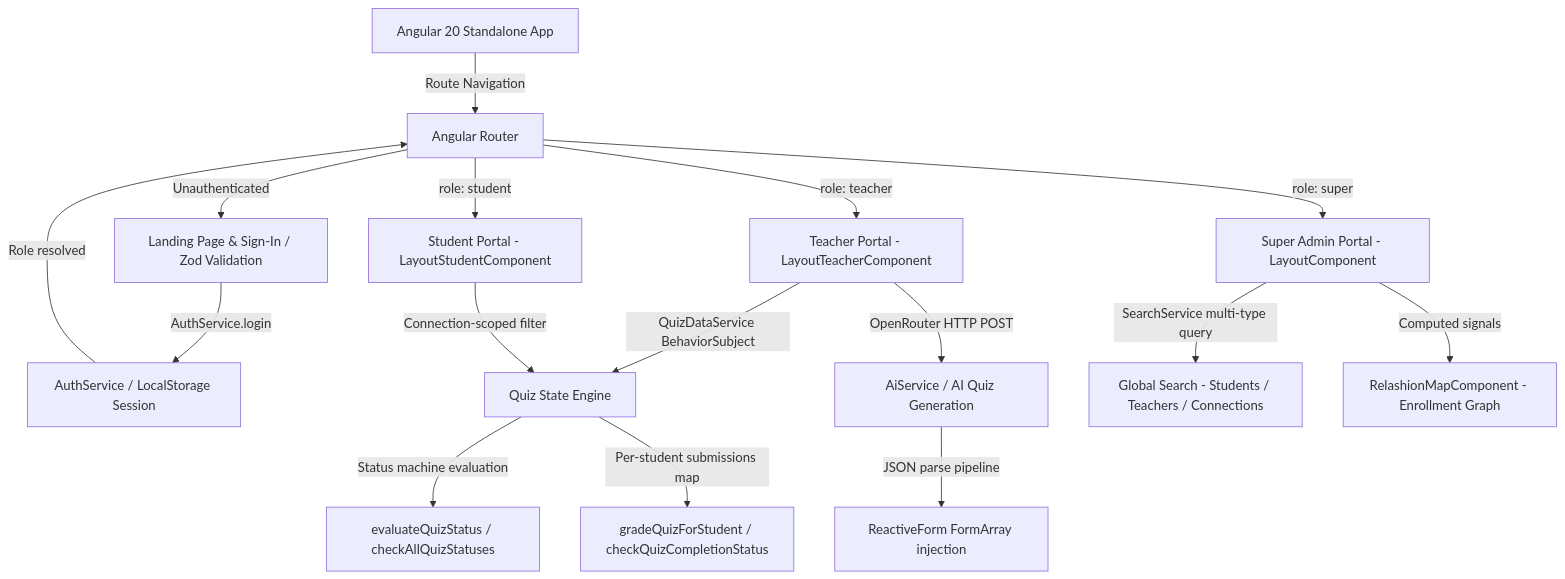
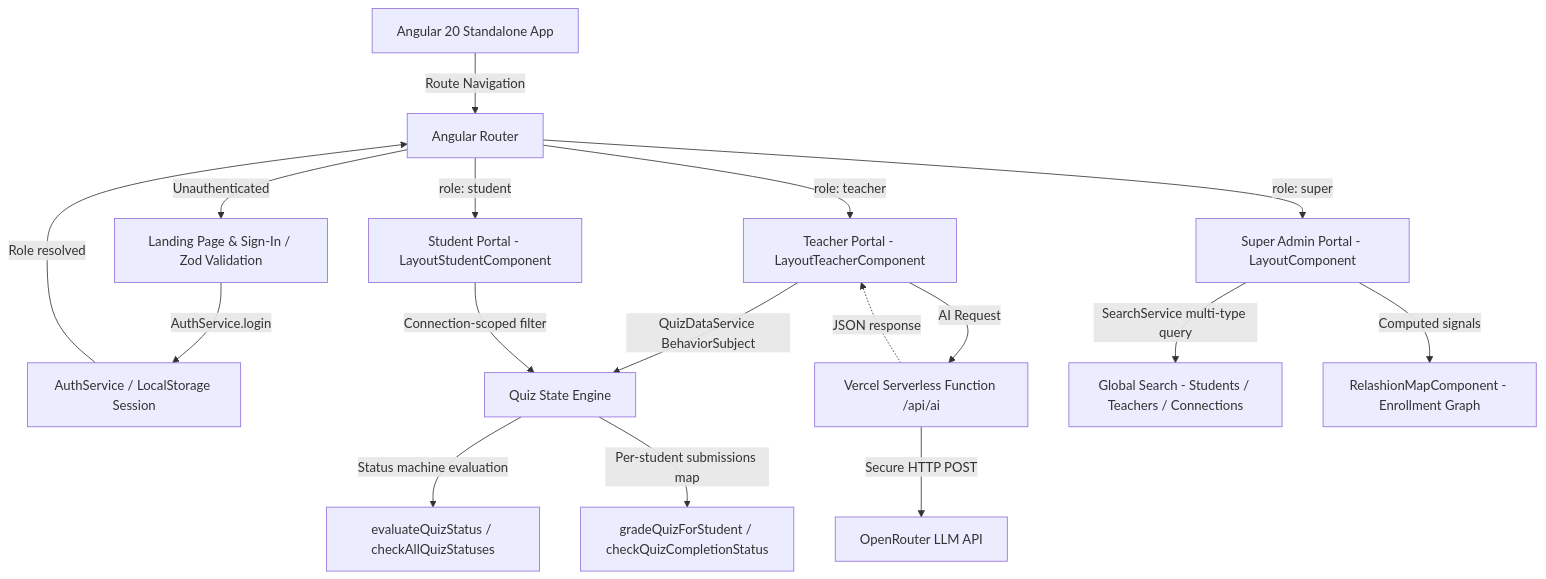
Before and after one commit to anasabdelhakim/Quiz_Mastro: the diagram in README.md, drawn with Mermaid. The commit also changed other lines of this file, not shown here.

````diff
--- a/README.md
+++ b/README.md
@@ -153,22 +131,23 @@
 ```mermaid
 graph TD
     Client[Angular 20 Standalone App] -->|Route Navigation| Router[Angular Router]
     Router -->|Unauthenticated| Public[Landing Page & Sign-In / Zod Validation]
     Router -->|role: super| AdminView[Super Admin Portal - LayoutComponent]
     Router -->|role: teacher| TeacherView[Teacher Portal - LayoutTeacherComponent]
     Router -->|role: student| StudentView[Student Portal - LayoutStudentComponent]
 
     Public -->|AuthService.login| Auth[AuthService / LocalStorage Session]
     Auth -->|Role resolved| Router
 
     TeacherView -->|QuizDataService BehaviorSubject| QuizState[Quiz State Engine]
     StudentView -->|Connection-scoped filter| QuizState
     QuizState -->|Status machine evaluation| StatusEngine[evaluateQuizStatus / checkAllQuizStatuses]
     QuizState -->|Per-student submissions map| GradingEngine[gradeQuizForStudent / checkQuizCompletionStatus]
 
-    TeacherView -->|OpenRouter HTTP POST| AIService[AiService / AI Quiz Generation]
-    AIService -->|JSON parse pipeline| QuizFormArray[ReactiveForm FormArray injection]
+    TeacherView -->|AI Request| Vercel[Vercel Serverless Function /api/ai]
+    Vercel -->|Secure HTTP POST| OpenRouter[OpenRouter LLM API]
+    Vercel -.->|JSON response| TeacherView
 
     AdminView -->|SearchService multi-type query| SearchEngine[Global Search - Students / Teachers / Connections]
     AdminView -->|Computed signals| RelationMap[RelashionMapComponent - Enrollment Graph]
 ```
````
